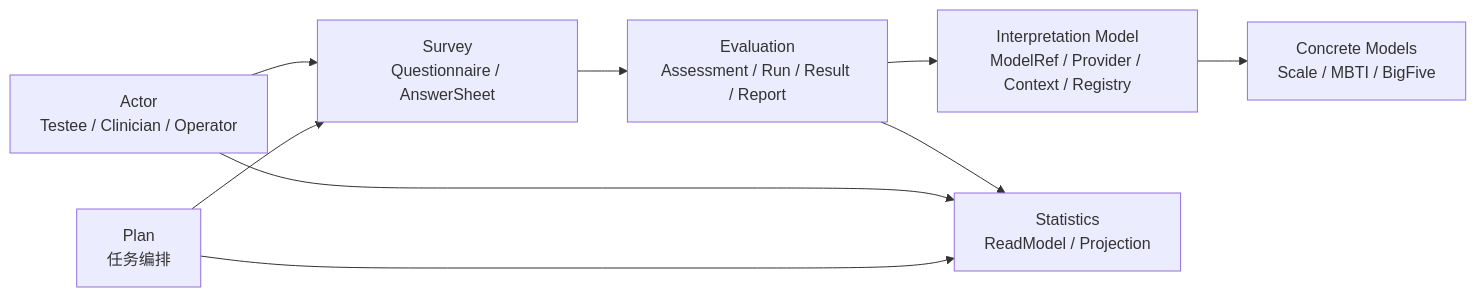
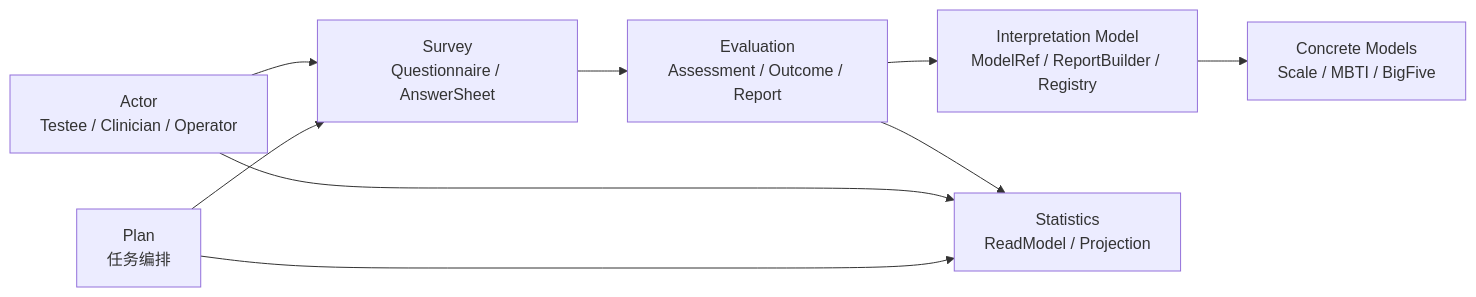
Before and after one commit to FangcunMount/qs-server: the third of 3 diagrams in README.md, drawn with Mermaid. The commit also changed other lines of this file and 71 other files, not shown here.

````diff
--- a/README.md
+++ b/README.md
@@ -201,19 +193,19 @@
 ```mermaid
 flowchart LR
     Actor["Actor<br/>Testee / Clinician / Operator"]
     Plan["Plan<br/>任务编排"]
     Survey["Survey<br/>Questionnaire / AnswerSheet"]
-    IM["Interpretation Model<br/>ModelRef / Provider / Context / Registry"]
+    IM["Interpretation Model<br/>ModelRef / ReportBuilder / Registry"]
     Models["Concrete Models<br/>Scale / MBTI / BigFive"]
-    Evaluation["Evaluation<br/>Assessment / Run / Result / Report"]
+    Evaluation["Evaluation<br/>Assessment / Outcome / Report"]
     Statistics["Statistics<br/>ReadModel / Projection"]
 
     Actor --> Survey
     Plan --> Survey
     Survey --> Evaluation
     Evaluation --> IM
     IM --> Models
     Evaluation --> Statistics
     Actor --> Statistics
     Plan --> Statistics
 ```
````
